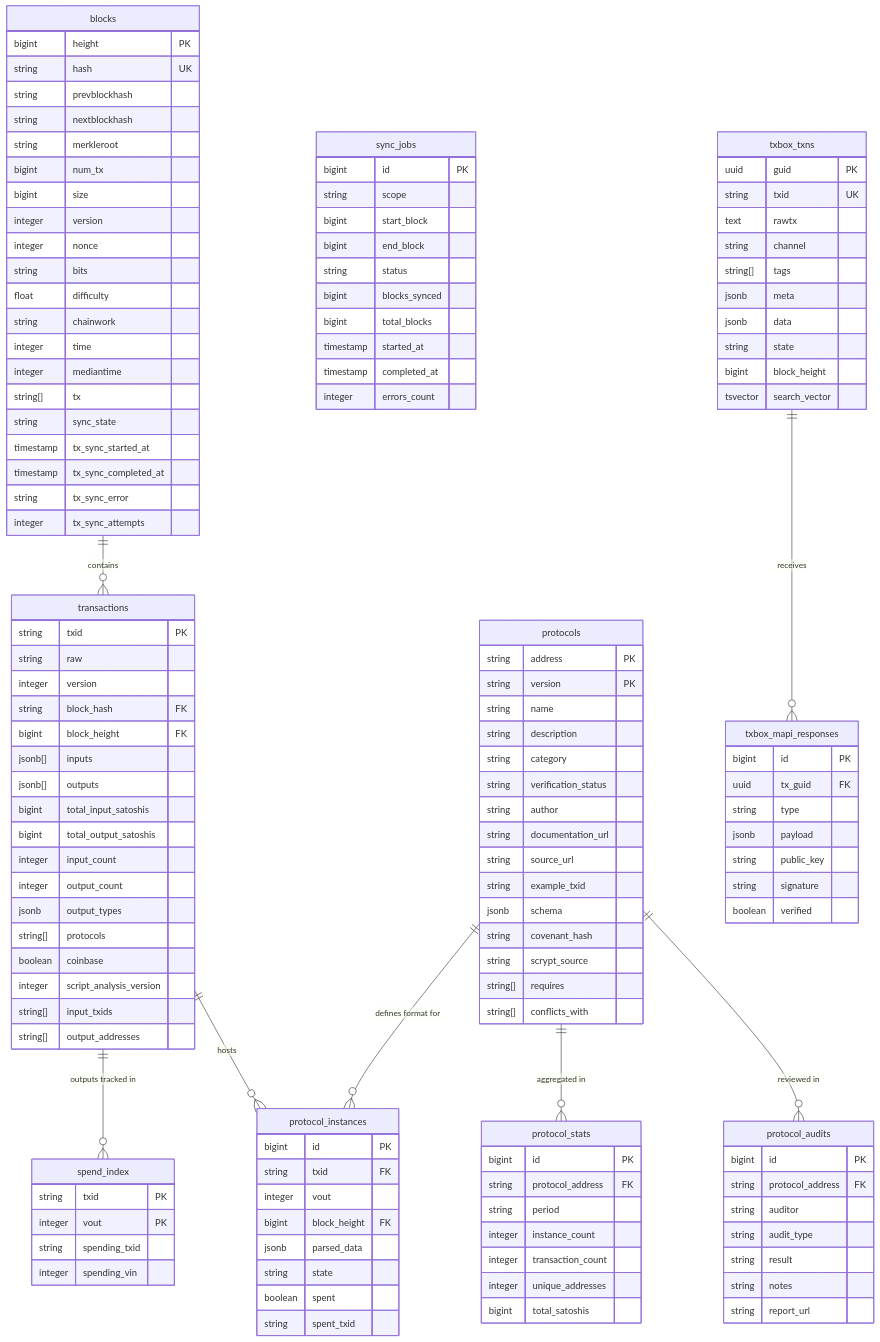
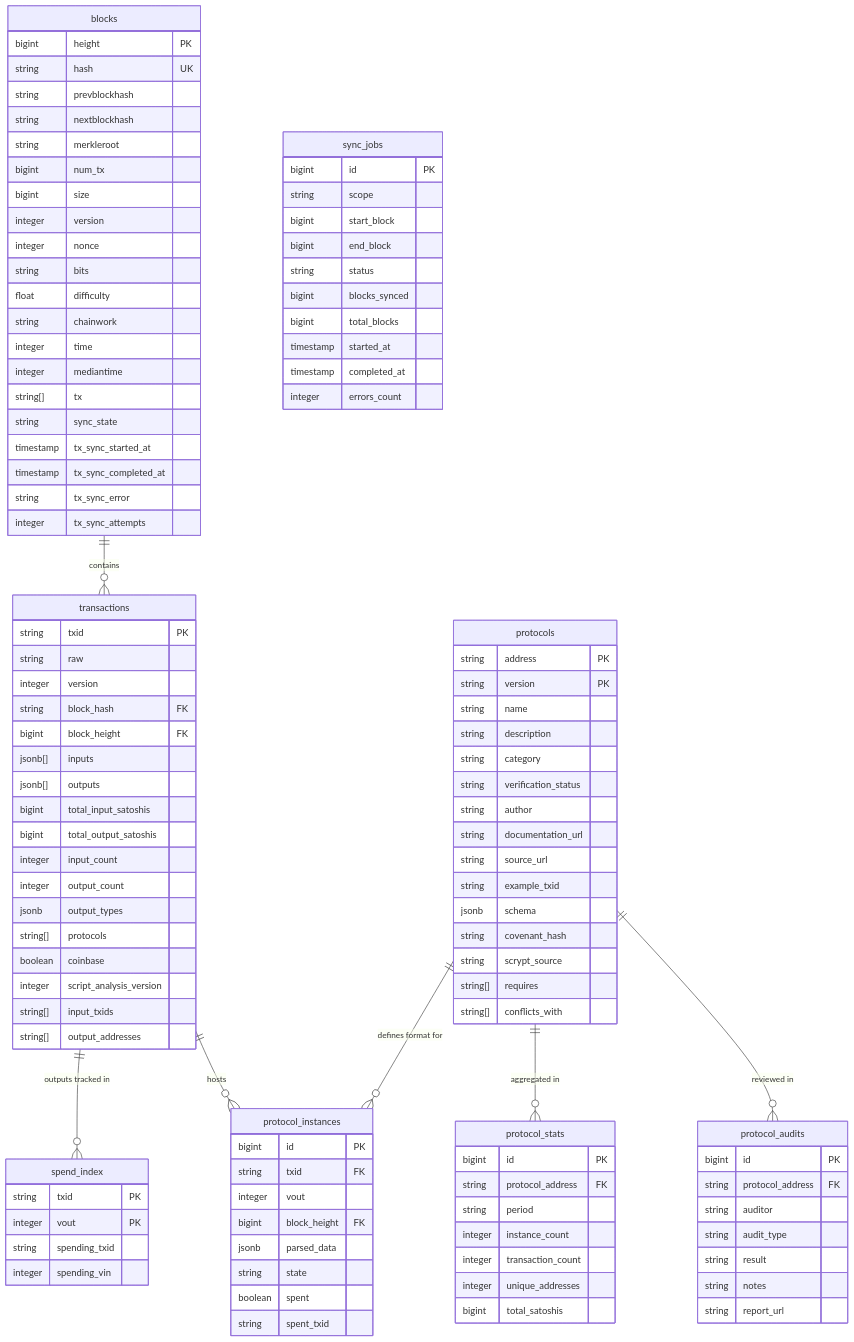
Before and after one commit to afomi/bitblocks: the diagram in product-cycle/DATA_MODEL.md, drawn with Mermaid. The commit also changed other lines of this file and 9 other files, not shown here.

````diff
--- a/product-cycle/DATA_MODEL.md
+++ b/product-cycle/DATA_MODEL.md
@@ -117,34 +117,10 @@
         integer errors_count
     }
 
-    txbox_txns {
-        uuid guid PK
-        string txid UK
-        text rawtx
-        string channel
-        string[] tags
-        jsonb meta
-        jsonb data
-        string state
-        bigint block_height
-        tsvector search_vector
-    }
-
-    txbox_mapi_responses {
-        bigint id PK
-        uuid tx_guid FK
-        string type
-        jsonb payload
-        string public_key
-        string signature
-        boolean verified
-    }
-
     blocks ||--o{ transactions : "contains"
     transactions ||--o{ spend_index : "outputs tracked in"
     transactions ||--o{ protocol_instances : "hosts"
     protocols ||--o{ protocol_instances : "defines format for"
     protocols ||--o{ protocol_stats : "aggregated in"
     protocols ||--o{ protocol_audits : "reviewed in"
-    txbox_txns ||--o{ txbox_mapi_responses : "receives"
 ```
````
